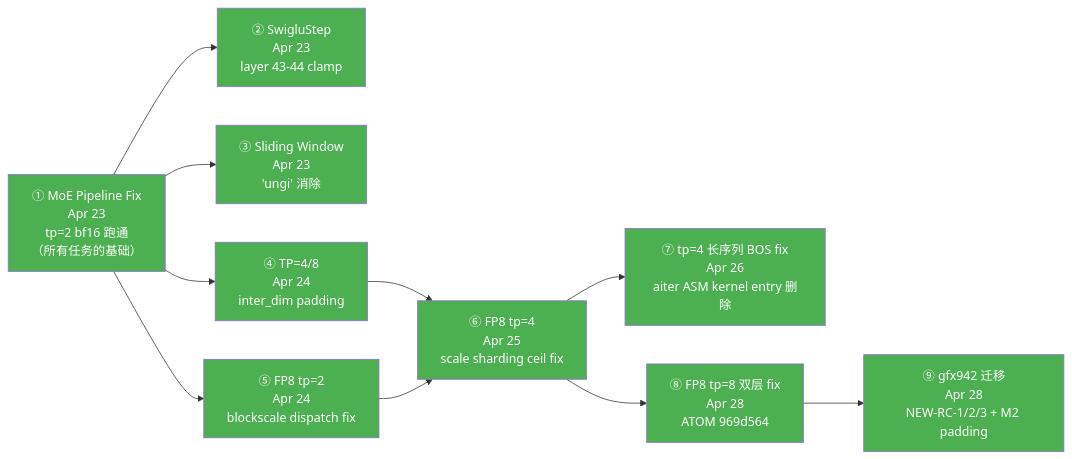
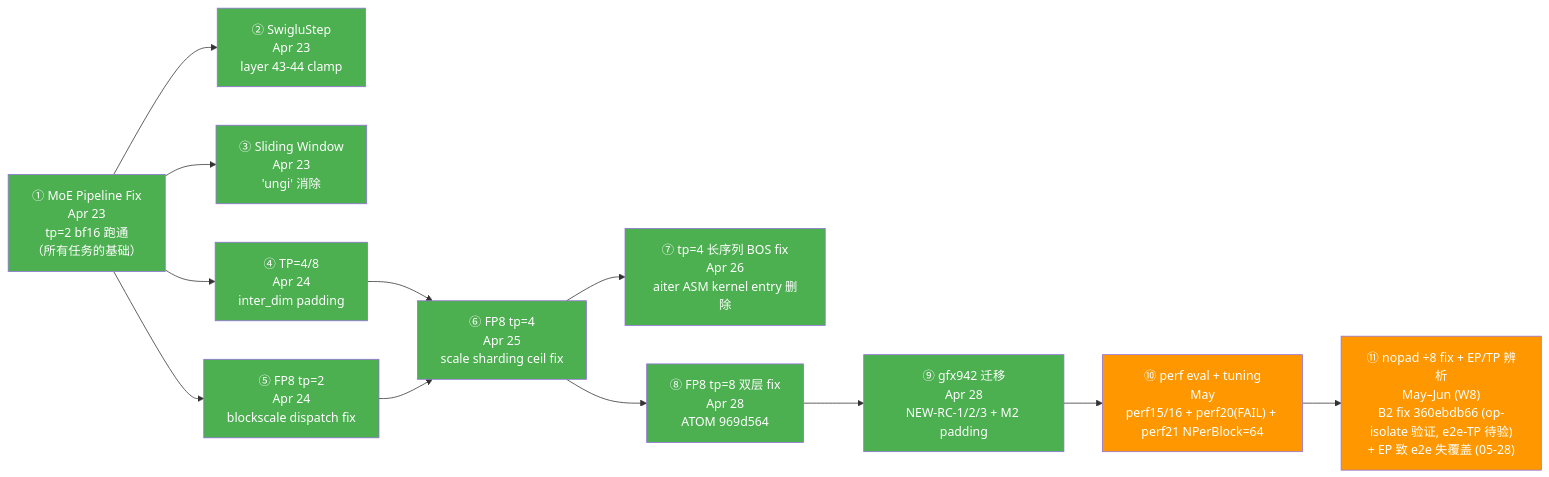
One commit to LJ-underdog/project_summary changed the second of 3 diagrams in step35-flash-support/README.md. Above: the diagram before and after it, drawn with Mermaid. The commit also changed other lines of this file and 95 other files, not shown here.

````diff
--- a/step35-flash-support/README.md
+++ b/step35-flash-support/README.md
@@ -35,23 +64,27 @@
 ```mermaid
 graph LR
     A["① MoE Pipeline Fix<br/>Apr 23<br/>tp=2 bf16 跑通<br/>（所有任务的基础）"]
     A --> B["② SwigluStep<br/>Apr 23<br/>layer 43-44 clamp"]
     A --> C["③ Sliding Window<br/>Apr 23<br/>'ungi' 消除"]
     A --> D["④ TP=4/8<br/>Apr 24<br/>inter_dim padding"]
     A --> E["⑤ FP8 tp=2<br/>Apr 24<br/>blockscale dispatch fix"]
     D --> F["⑥ FP8 tp=4<br/>Apr 25<br/>scale sharding ceil fix"]
     E --> F
     F --> G["⑦ tp=4 长序列 BOS fix<br/>Apr 26<br/>aiter ASM kernel entry 删除"]
     F --> H["⑧ FP8 tp=8 双层 fix<br/>Apr 28<br/>ATOM 969d564"]
     H --> I["⑨ gfx942 迁移<br/>Apr 28<br/>NEW-RC-1/2/3 + M2 padding"]
+    I --> J["⑩ perf eval + tuning<br/>May<br/>perf15/16 + perf20(FAIL) + perf21 NPerBlock=64"]
+    J --> K["⑪ nopad ÷8 fix + EP/TP 辨析<br/>May–Jun (W8)<br/>B2 fix 360ebdb66 (op-isolate 验证, e2e-TP 待验)<br/>+ EP 致 e2e 失覆盖 (05-28)"]
 
+    style J fill:#FF9800,color:#fff
+    style K fill:#FF9800,color:#fff
     style A fill:#4CAF50,color:#fff
     style B fill:#4CAF50,color:#fff
     style C fill:#4CAF50,color:#fff
     style D fill:#4CAF50,color:#fff
     style E fill:#4CAF50,color:#fff
     style F fill:#4CAF50,color:#fff
     style G fill:#4CAF50,color:#fff
     style H fill:#4CAF50,color:#fff
     style I fill:#4CAF50,color:#fff
 ```
````
